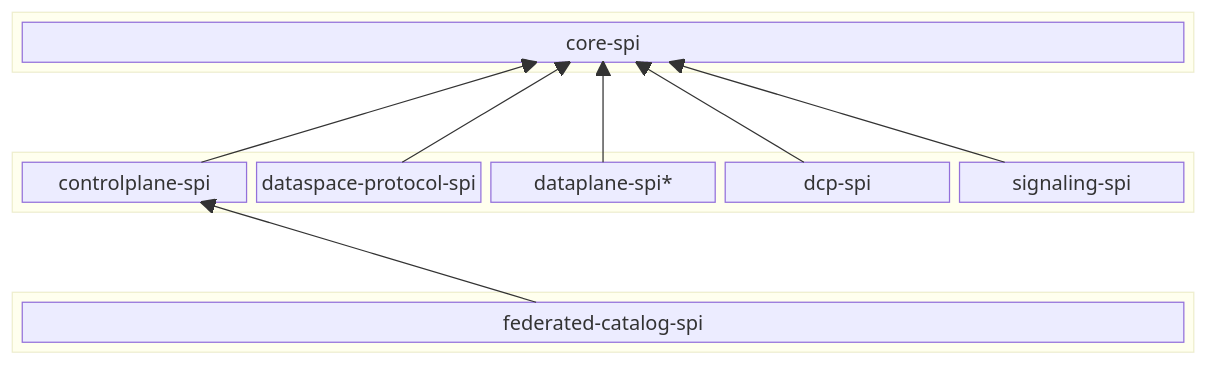
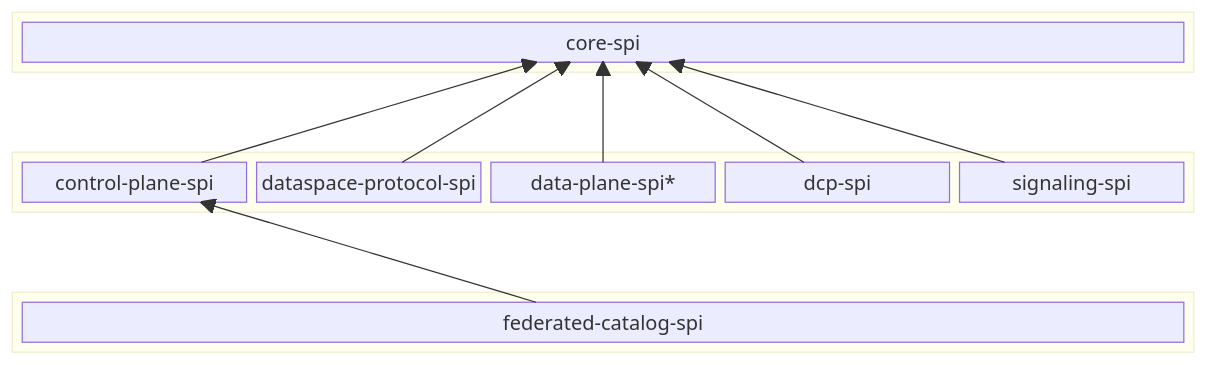
Before and after one commit to eclipse-edc/Connector: the diagram in docs/developer/decision-records/2026-06-18-spi-module-consolidation/README.md, drawn with Mermaid. The commit also changed other lines of this file, not shown here.

````diff
--- a/docs/developer/decision-records/2026-06-18-spi-module-consolidation/README.md
+++ b/docs/developer/decision-records/2026-06-18-spi-module-consolidation/README.md
@@ -102,26 +95,26 @@
 ```mermaid
 block-beta
     columns 1
     block
         R["core-spi"]
     end
     space
     block
-        A["controlplane-spi"]
+        A["control-plane-spi"]
         B["dataspace-protocol-spi"]
-        C["dataplane-spi*"]
+        C["data-plane-spi*"]
         D["dcp-spi"]
         E["signaling-spi"]
     end
     space
     block
         F["federated-catalog-spi"]
     end
     A --> R
     B --> R
     C --> R
     D --> R
     E --> R
     F --> A
 
 ```
````
